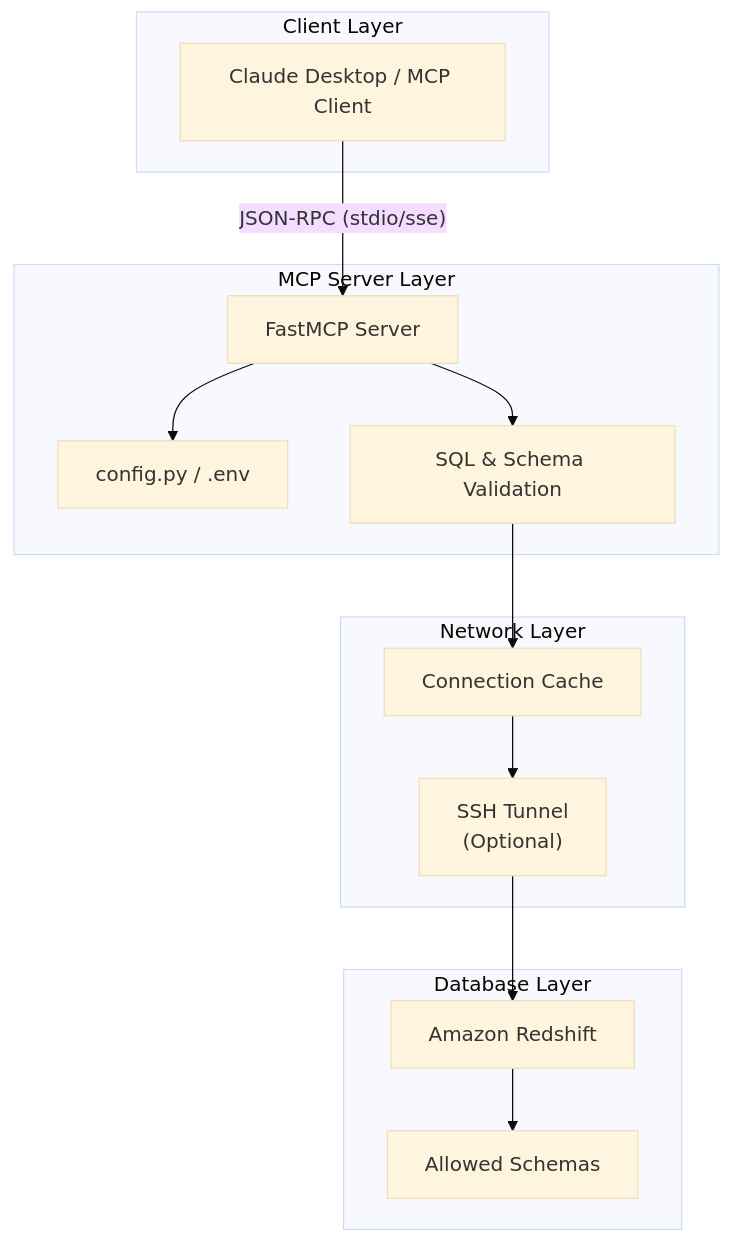
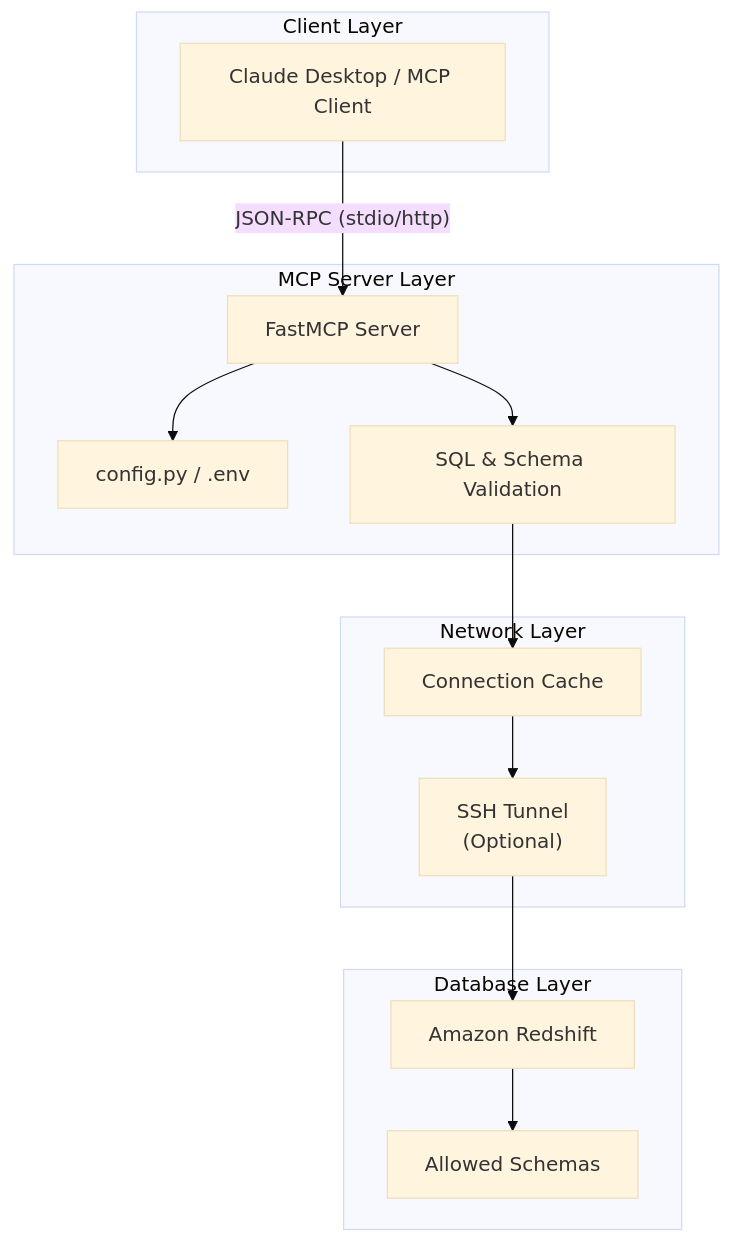
Before and after one commit to kartik-augusta/redshift-mcp-server: the diagram in README.md, drawn with Mermaid (base theme). The commit also changed other lines of this file and 2 other files, not shown here.

Commit message:
feat: migrate transport mode from SSE to streamable-http and update CLI configuration

````diff
--- a/README.md
+++ b/README.md
@@ -132,30 +150,30 @@
 ```mermaid
 graph TB
     subgraph "Client Layer"
         CD["Claude Desktop / MCP Client"]
     end
     
     subgraph "MCP Server Layer"
         MCP["FastMCP Server"]
         CONFIG["config.py / .env"]
         VALIDATION["SQL & Schema Validation"]
     end
     
     subgraph "Network Layer"  
         SSH["SSH Tunnel<br/>(Optional)"]
         CONN["Connection Cache"]
     end
     
     subgraph "Database Layer"
         RS["Amazon Redshift"]
         SCHEMA["Allowed Schemas"]
     end
     
-    CD -->|"JSON-RPC (stdio/sse)"| MCP
+    CD -->|"JSON-RPC (stdio/http)"| MCP
     MCP --> CONFIG
     MCP --> VALIDATION
     VALIDATION --> CONN
     CONN --> SSH
     SSH --> RS
     RS --> SCHEMA
 ```
````
